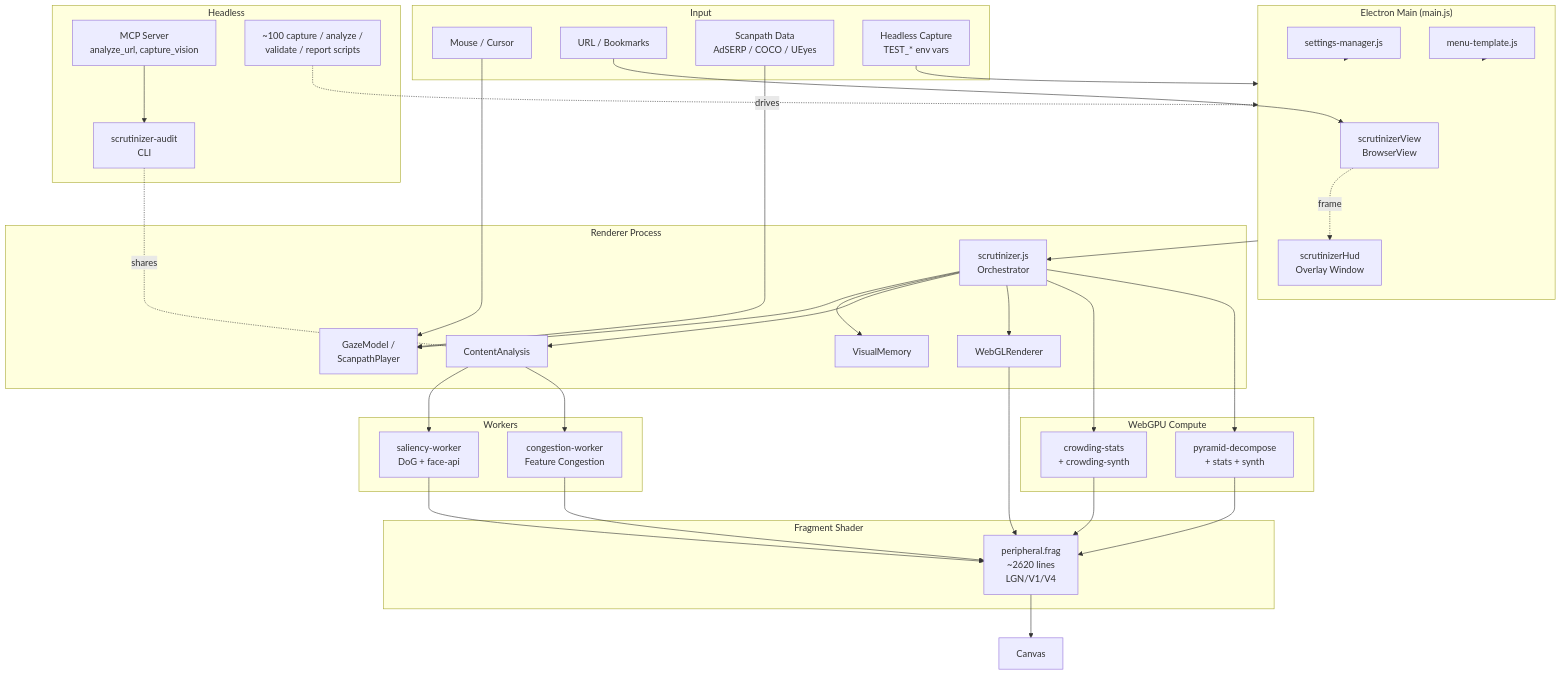
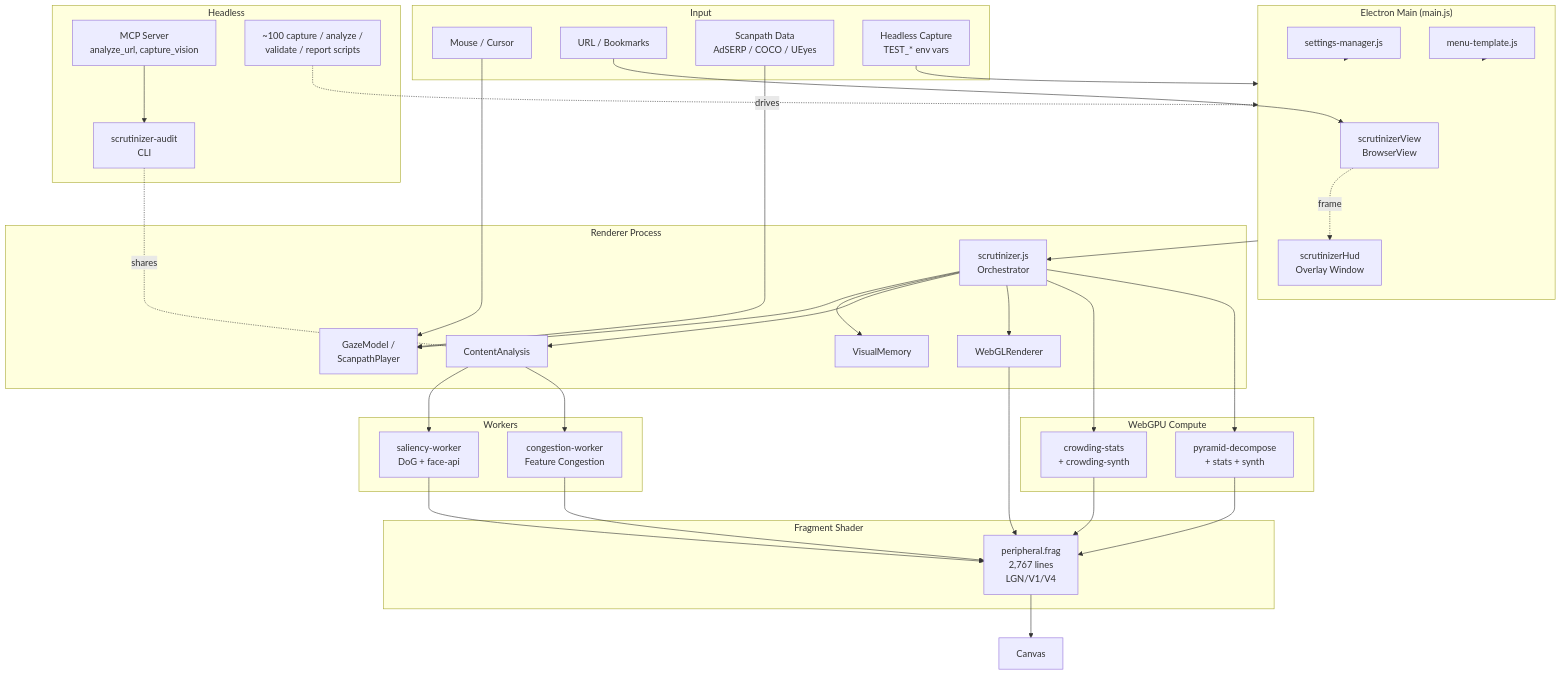
The first of 3 diagrams in docs/CODEBASE_MAP.md (andyed/scrutinizer2025), drawn with Mermaid before and after one commit. The commit also changed other lines of this file and 1 other file, not shown here.

````diff
--- a/docs/CODEBASE_MAP.md
+++ b/docs/CODEBASE_MAP.md
@@ -20,76 +22,76 @@
 ```mermaid
 graph TB
   subgraph Input
     Mouse[Mouse / Cursor]
     URL[URL / Bookmarks]
     Scanpath[Scanpath Data<br/>AdSERP / COCO / UEyes]
     Capture[Headless Capture<br/>TEST_* env vars]
   end
 
   subgraph Main["Electron Main (main.js)"]
     Win[scrutinizerView<br/>BrowserView]
     HUD[scrutinizerHud<br/>Overlay Window]
     Settings[settings-manager.js]
     Menu[menu-template.js]
   end
 
   subgraph Renderer["Renderer Process"]
     Scrut[scrutinizer.js<br/>Orchestrator]
     Gaze[GazeModel /<br/>ScanpathPlayer]
     Memory[VisualMemory]
     Content[ContentAnalysis]
     WebGL[WebGLRenderer]
   end
 
   subgraph Workers
     Sal[saliency-worker<br/>DoG + face-api]
     Cong[congestion-worker<br/>Feature Congestion]
   end
 
   subgraph Compute["WebGPU Compute"]
     Crowd[crowding-stats<br/>+ crowding-synth]
     Pyr[pyramid-decompose<br/>+ stats + synth]
   end
 
   subgraph Shader["Fragment Shader"]
-    Periph[peripheral.frag<br/>~2620 lines<br/>LGN/V1/V4]
+    Periph[peripheral.frag<br/>2,767 lines<br/>LGN/V1/V4]
   end
 
   subgraph Headless
     CLI[scrutinizer-audit<br/>CLI]
     MCP[MCP Server<br/>analyze_url, capture_vision]
     Scripts[~100 capture / analyze /<br/>validate / report scripts]
   end
 
   Mouse --> Gaze
   Scanpath --> Gaze
   URL --> Win
   Capture --> Main
 
   Win -.frame.-> HUD
   Main --> Scrut
   Settings --> Main
   Menu --> Main
 
   Scrut --> Gaze
   Scrut --> Memory
   Scrut --> Content
   Scrut --> WebGL
 
   Content --> Sal
   Content --> Cong
   Sal --> Periph
   Cong --> Periph
 
   Scrut --> Crowd
   Scrut --> Pyr
   Crowd --> Periph
   Pyr --> Periph
 
   WebGL --> Periph
   Periph --> Canvas[Canvas]
 
   CLI -.shares.- Content
   MCP --> CLI
   Scripts -.drives.-> Main
 ```
````
